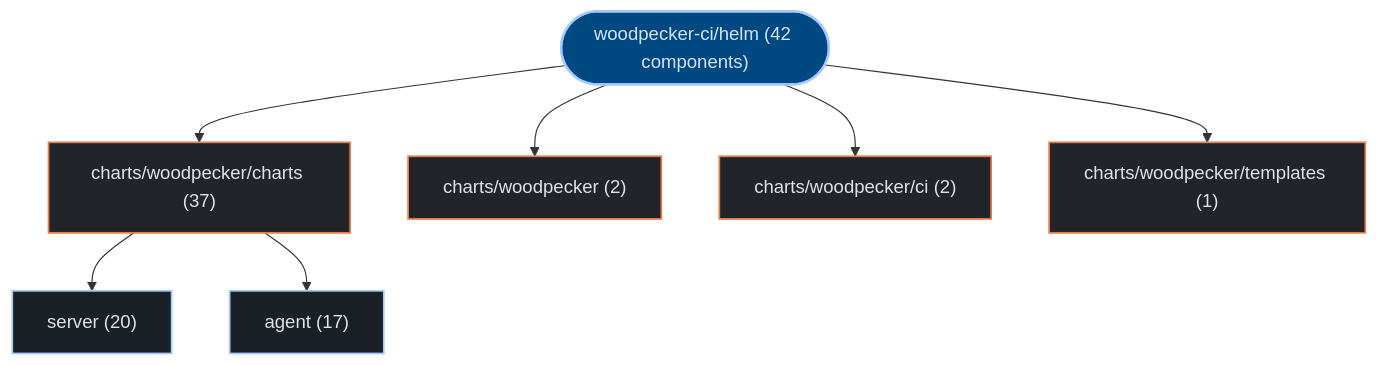
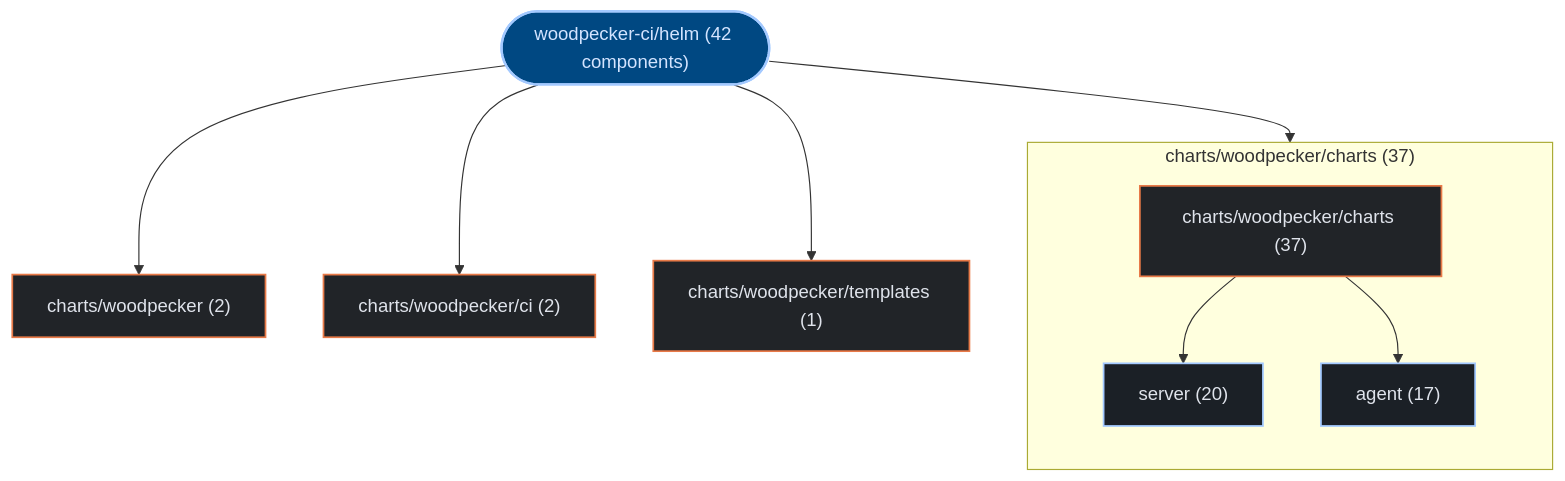
The first of 2 diagrams in exports/latest/reports/woodpecker-ci-helm-report.md (kumarshaz/atruss-code-atlas), drawn with Mermaid before and after one commit. The commit also changed 178 other files, not shown here.

Commit message:
feat(ui,mermaid): upgrade to mermaid v12 + ELK layout, add orgs-summary + pagination, subgraph building blocks, fix tab alignment

````diff
--- a/exports/latest/reports/woodpecker-ci-helm-report.md
+++ b/exports/latest/reports/woodpecker-ci-helm-report.md
@@ -42,23 +42,26 @@
 ```mermaid
 graph TD;
   classDef atlasRoot fill:#004882,stroke:#a3c9ff,stroke-width:2px,color:#d3e4ff
   classDef atlasCategory fill:#212428,stroke:#E87A48,stroke-width:1.5px,color:#dfe3eb
   classDef atlasWorkflow fill:#1b2026,stroke:#a3c9ff,stroke-width:1.5px,color:#dfe3eb
   classDef atlasJob fill:#171c22,stroke:#8d9199,stroke-width:1px,color:#dfe3eb
   classDef atlasTarget fill:#005227,stroke:#8bd99b,stroke-width:1.5px,color:#a7f6b6
   classDef atlasAlert fill:#93000a,stroke:#ffb4ab,stroke-width:1.5px,color:#ffdad6
   classDef atlasMore fill:#252a31,stroke:#8d9199,stroke-dasharray:4 4,color:#c3c6cf
     repo_root(["woodpecker-ci/helm (42 components)"]):::atlasRoot
-    dir_0_charts_woodpecker_charts["charts/woodpecker/charts (37)"]:::atlasCategory
+    subgraph sg_dir_0_charts_woodpecker_charts["charts/woodpecker/charts (37)"]
+      direction TB
+      dir_0_charts_woodpecker_charts["charts/woodpecker/charts (37)"]:::atlasCategory
+      sub_0_0_server["server (20)"]:::atlasWorkflow
+      dir_0_charts_woodpecker_charts --> sub_0_0_server
+      sub_0_1_agent["agent (17)"]:::atlasWorkflow
+      dir_0_charts_woodpecker_charts --> sub_0_1_agent
+    end
     repo_root --> dir_0_charts_woodpecker_charts
-    sub_0_0_server["server (20)"]:::atlasWorkflow
-    dir_0_charts_woodpecker_charts --> sub_0_0_server
-    sub_0_1_agent["agent (17)"]:::atlasWorkflow
-    dir_0_charts_woodpecker_charts --> sub_0_1_agent
     dir_1_charts_woodpecker["charts/woodpecker (2)"]:::atlasCategory
     repo_root --> dir_1_charts_woodpecker
     dir_2_charts_woodpecker_ci["charts/woodpecker/ci (2)"]:::atlasCategory
     repo_root --> dir_2_charts_woodpecker_ci
     dir_3_charts_woodpecker_templates["charts/woodpecker/templates (1)"]:::atlasCategory
     repo_root --> dir_3_charts_woodpecker_templates
 ```
````
